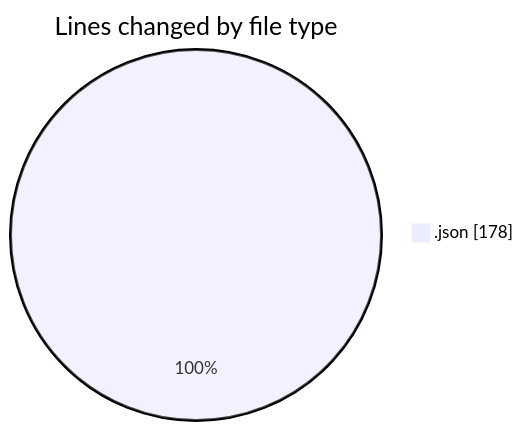
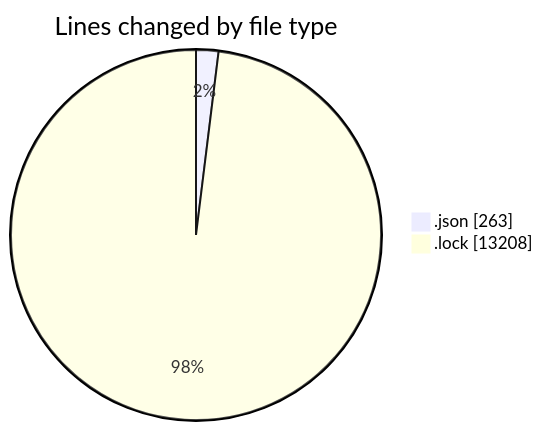
One commit to momahboobian/code-tracking changed the first of 2 diagrams in 2026-01-26/cda/README.md. Above: the diagram before and after it, drawn with Mermaid. The commit also changed other lines of this file and 1 other file, not shown here.

````diff
--- a/2026-01-26/cda/README.md
+++ b/2026-01-26/cda/README.md
@@ -20,5 +22,6 @@
 ```mermaid
 pie showData
 title Lines changed by file type
-".json" : 178
+".json" : 263
+".lock" : 13208
 ```
````
